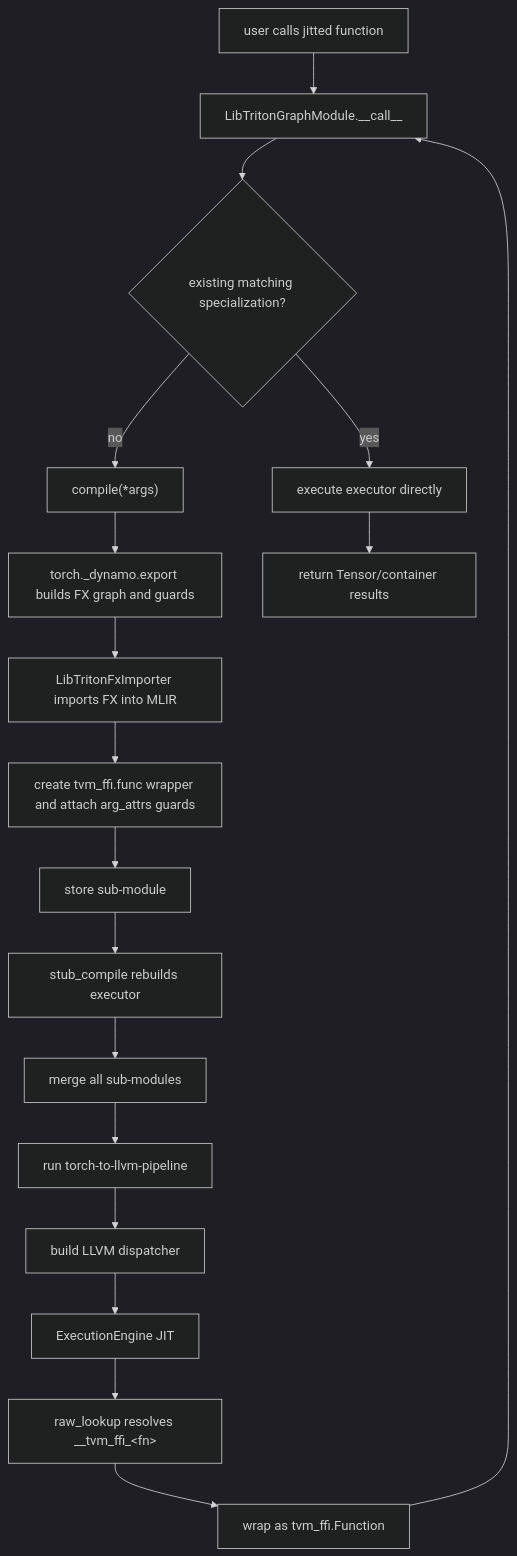
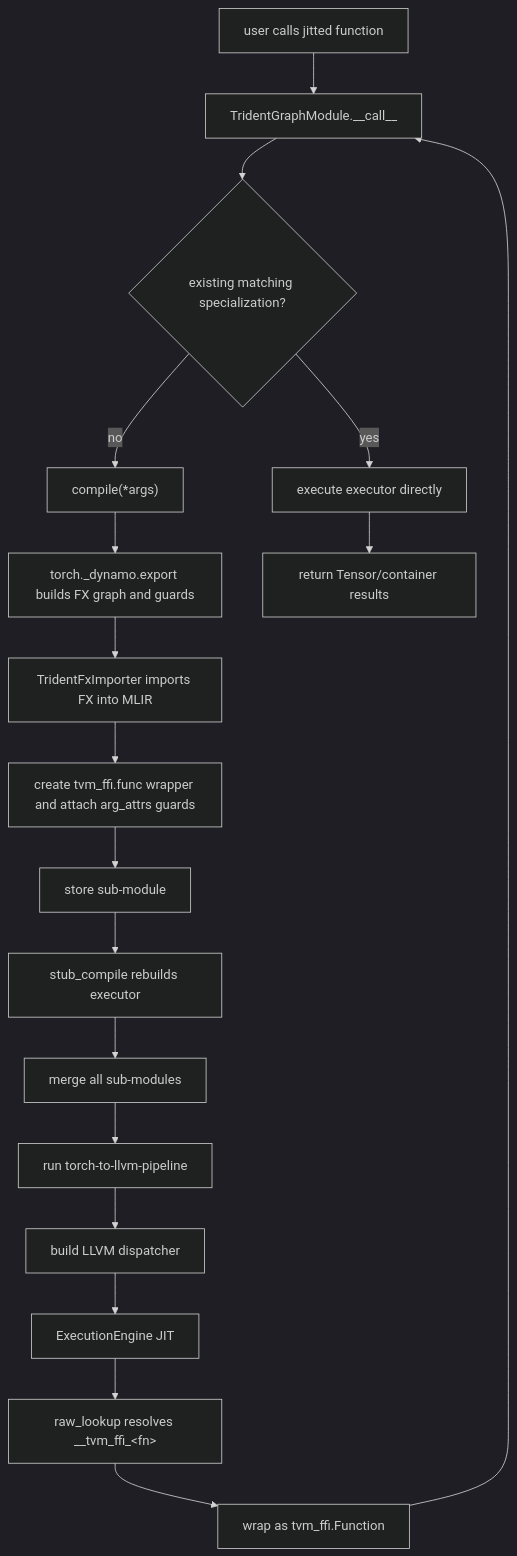
One commit to sgjzfzzf/LibTriton changed the second of 2 diagrams in docs/Architecture.md. Above: the diagram before and after it, drawn with Mermaid (dark theme). The commit also changed other lines of this file and 239 other files, not shown here.

Commit message:
refactor: rename project from LibTriton to Trident

````diff
--- a/docs/Architecture.md
+++ b/docs/Architecture.md
@@ -46,20 +46,20 @@
 ```mermaid
 flowchart TD
-  A["user calls jitted function"] --> B["LibTritonGraphModule.__call__"]
+  A["user calls jitted function"] --> B["TridentGraphModule.__call__"]
   B --> C{"existing matching specialization?"}
   C -- "no" --> D["compile(*args)"]
   D --> E["torch._dynamo.export builds FX graph and guards"]
-  E --> F["LibTritonFxImporter imports FX into MLIR"]
+  E --> F["TridentFxImporter imports FX into MLIR"]
   F --> G["create tvm_ffi.func wrapper and attach arg_attrs guards"]
   G --> H["store sub-module"]
   H --> I["stub_compile rebuilds executor"]
   I --> J["merge all sub-modules"]
   J --> K["run torch-to-llvm-pipeline"]
   K --> L["build LLVM dispatcher"]
   L --> M["ExecutionEngine JIT"]
   M --> N["raw_lookup resolves __tvm_ffi_&lt;fn&gt;"]
   N --> O["wrap as tvm_ffi.Function"]
   O --> B
   C -- "yes" --> P["execute executor directly"]
   P --> Q["return Tensor/container results"]
 ```
````
